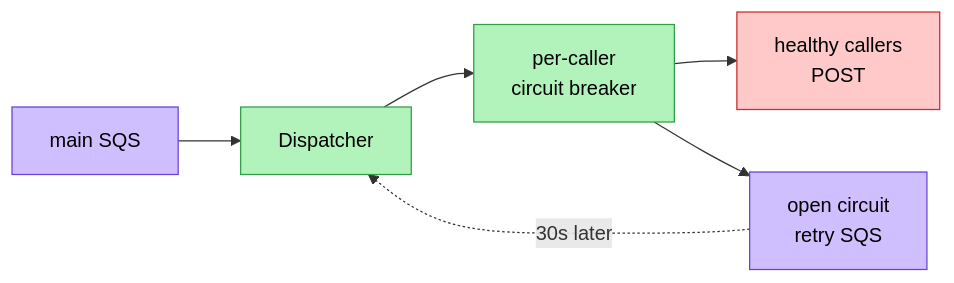
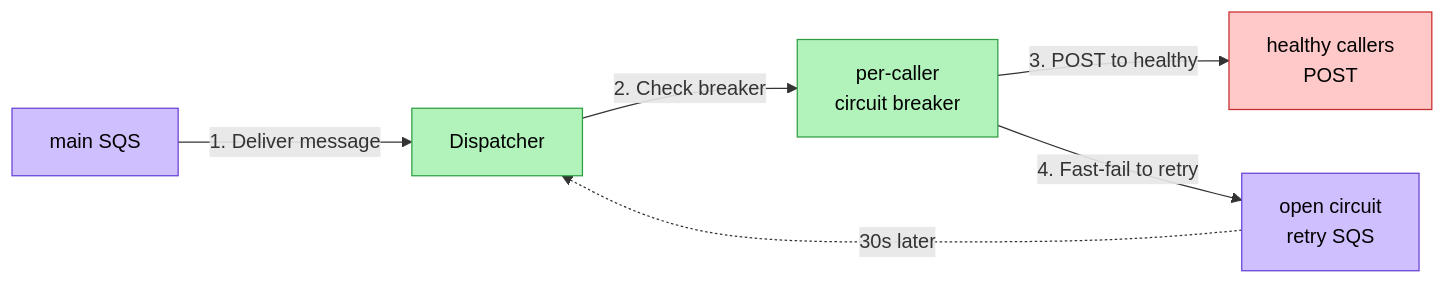
Before and after one commit to iluzn/HLD-Designs: the ninth of 10 diagrams in content/hld/DelayedTriggerService.md, drawn with Mermaid. The commit also changed other lines of this file and 27 other files, not shown here.

````diff
--- a/content/hld/DelayedTriggerService.md
+++ b/content/hld/DelayedTriggerService.md
@@ -445,15 +445,15 @@
 ```mermaid
 flowchart LR
-  SQS["main SQS"] --> Disp["Dispatcher"]
-  Disp --> CB["per-caller<br/>circuit breaker"]
-  CB --> Healthy["healthy callers<br/>POST"]
-  CB --> Open["open circuit<br/>retry SQS"]
+  SQS["main SQS"] -->|"1. Deliver message"| Disp["Dispatcher"]
+  Disp -->|"2. Check breaker"| CB["per-caller<br/>circuit breaker"]
+  CB -->|"3. POST to healthy"| Healthy["healthy callers<br/>POST"]
+  CB -->|"4. Fast-fail to retry"| Open["open circuit<br/>retry SQS"]
   Open -.30s later.-> Disp
 
   classDef async fill:#D0BFFF,stroke:#6741D5,color:#000
   classDef service fill:#B2F2BB,stroke:#2F9E44,color:#000
   classDef external fill:#FFC9C9,stroke:#C92A2A,color:#000
   class SQS,Open async
   class Disp,CB service
   class Healthy external
 ```
````
